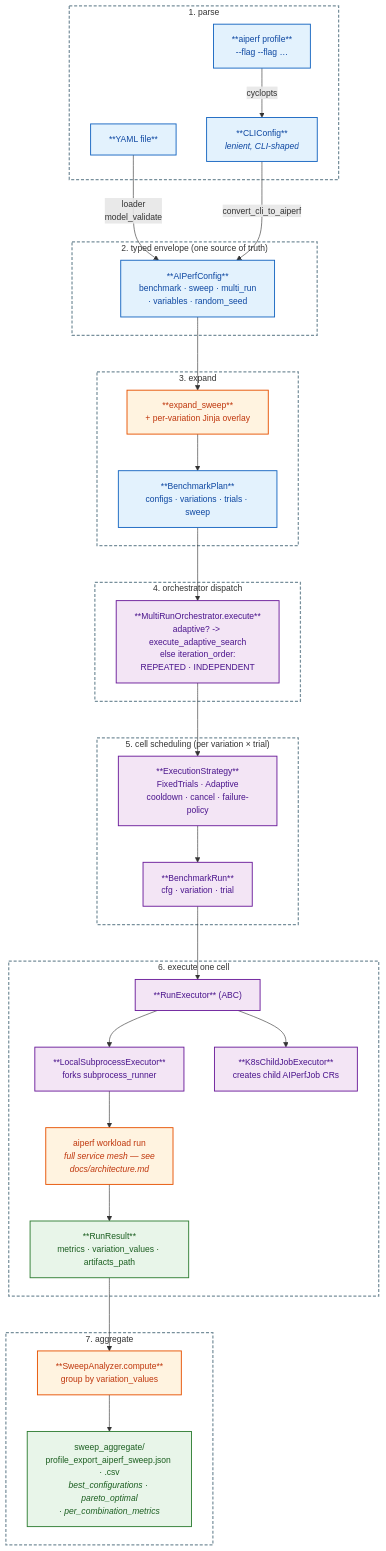
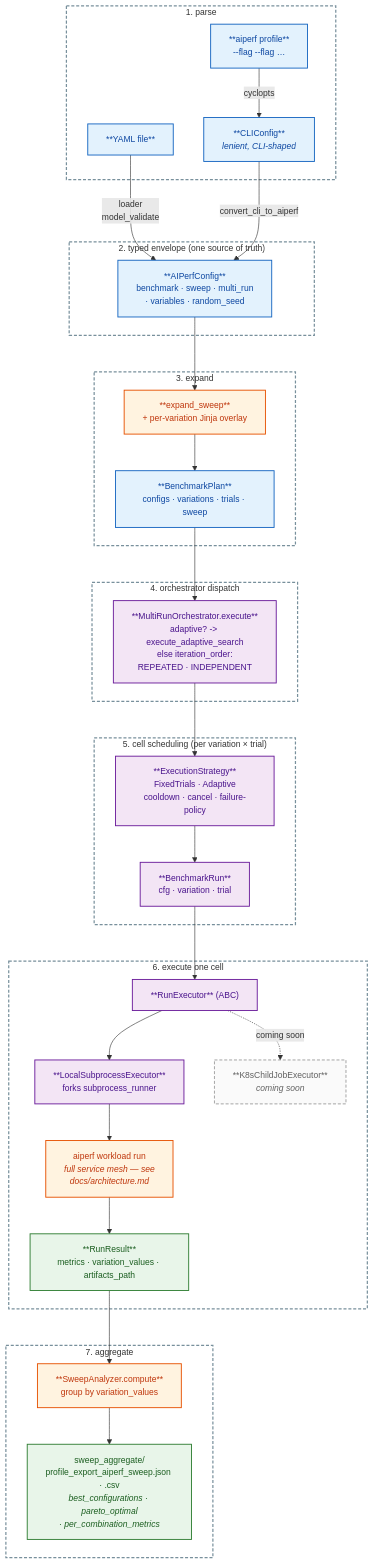
The second of 35 diagrams in docs/dev/sweep-orchestrator.md (ai-dynamo/aiperf), drawn with Mermaid before and after one commit. The commit also changed other lines of this file and 197 other files, not shown here.

````diff
--- a/docs/dev/sweep-orchestrator.md
+++ b/docs/dev/sweep-orchestrator.md
@@ -105,69 +107,70 @@
 ```mermaid
 %%{init: {'flowchart': {'nodeSpacing': 50, 'rankSpacing': 60, 'htmlLabels': true}, 'themeVariables': {'fontSize': '14px'}}}%%
 flowchart TD
     subgraph S1["1. parse"]
         yaml["**YAML file**"]
         cli["**aiperf profile**<br/>--flag --flag …"]
         uc["**CLIConfig**<br/><i>lenient, CLI-shaped</i>"]
     end
 
     subgraph S2["2. typed envelope (one source of truth)"]
         ac["**AIPerfConfig**<br/>benchmark · sweep · multi_run<br/>· variables · random_seed"]
     end
 
     subgraph S3["3. expand"]
         es["**expand_sweep**<br/>+ per-variation Jinja overlay"]
         bp["**BenchmarkPlan**<br/>configs · variations · trials · sweep"]
     end
 
     subgraph S4["4. orchestrator dispatch"]
         mo["**MultiRunOrchestrator.execute**<br/>adaptive? -> execute_adaptive_search<br/>else iteration_order:<br/>REPEATED · INDEPENDENT"]
     end
 
     subgraph S5["5. cell scheduling (per variation × trial)"]
         strategy["**ExecutionStrategy**<br/>FixedTrials · Adaptive<br/>cooldown · cancel · failure-policy"]
         br["**BenchmarkRun**<br/>cfg · variation · trial"]
     end
 
     subgraph S6["6. execute one cell"]
         re["**RunExecutor** (ABC)"]
         loc["**LocalSubprocessExecutor**<br/>forks subprocess_runner"]
-        k8s["**K8sChildJobExecutor**<br/>creates child AIPerfJob CRs"]
+        k8s["**K8sChildJobExecutor**<br/><i>coming soon</i>"]
         run["aiperf workload run<br/><i>full service mesh — see<br/>docs/architecture.md</i>"]
         rr["**RunResult**<br/>metrics · variation_values · artifacts_path"]
     end
 
     subgraph S7["7. aggregate"]
         sa["**SweepAnalyzer.compute**<br/>group by variation_values"]
         out["sweep_aggregate/<br/>profile_export_aiperf_sweep.json · .csv<br/><i>best_configurations · pareto_optimal<br/>· per_combination_metrics</i>"]
     end
 
     yaml -->|loader<br/>model_validate| ac
     cli -->|cyclopts| uc
     uc -->|convert_cli_to_aiperf| ac
     ac --> es --> bp --> mo --> strategy --> br --> re
     re --> loc
-    re --> k8s
+    re -.coming soon.-> k8s
     loc --> run --> rr
     rr --> sa --> out
 
     classDef data fill:#e3f2fd,stroke:#1565c0,stroke-width:1.5px,color:#0d47a1
     classDef proc fill:#fff3e0,stroke:#e65100,stroke-width:1.5px,color:#bf360c
     classDef art fill:#e8f5e9,stroke:#2e7d32,stroke-width:1.5px,color:#1b5e20
+    classDef coming fill:#fafafa,stroke:#9e9e9e,stroke-width:1.5px,stroke-dasharray:5 3,color:#616161
     classDef decision fill:#f3e5f5,stroke:#6a1b9a,stroke-width:1.5px,color:#4a148c
 
     class yaml,cli,uc data
     class ac,bp data
     class es,sa,run proc
     class mo,strategy,br,re,loc decision
     class rr,out art
-    class k8s decision
+    class k8s coming
 
     style S1 fill:transparent,stroke:#78909c,stroke-width:2px,stroke-dasharray:5 3
     style S2 fill:transparent,stroke:#78909c,stroke-width:2px,stroke-dasharray:5 3
     style S3 fill:transparent,stroke:#78909c,stroke-width:2px,stroke-dasharray:5 3
     style S4 fill:transparent,stroke:#78909c,stroke-width:2px,stroke-dasharray:5 3
     style S5 fill:transparent,stroke:#78909c,stroke-width:2px,stroke-dasharray:5 3
     style S6 fill:transparent,stroke:#78909c,stroke-width:2px,stroke-dasharray:5 3
     style S7 fill:transparent,stroke:#78909c,stroke-width:2px,stroke-dasharray:5 3
 ```
````
